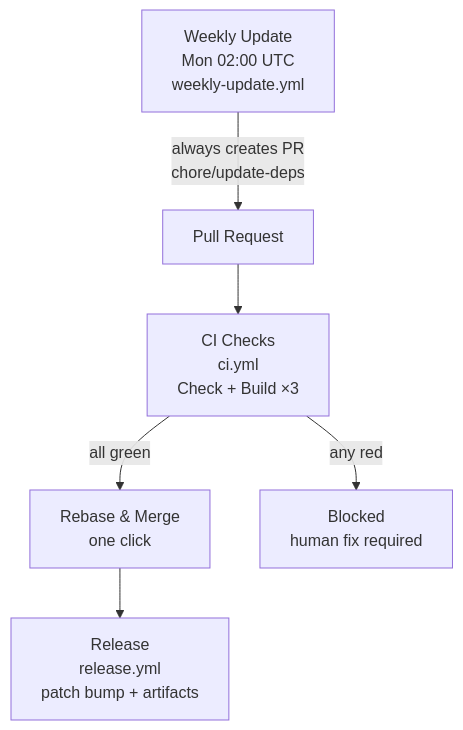
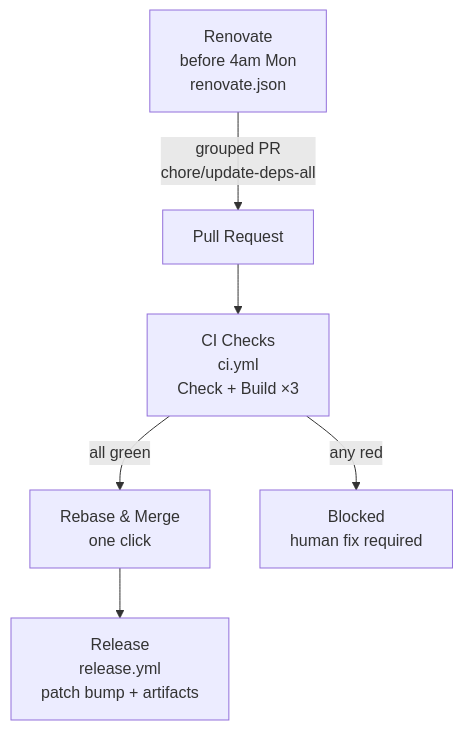
The diagram in README.md (Vessel9457/actions), drawn with Mermaid before and after one commit. The commit also changed other lines of this file and 9 other files, not shown here.

First line of the commit message:
feat!: migrate from weekly-update to Renovate, nuke composites

````diff
--- a/README.md
+++ b/README.md
@@ -11,8 +11,8 @@
 ```mermaid
 flowchart TD
-    A[Weekly Update<br/>Mon 02:00 UTC<br/>weekly-update.yml] -->|always creates PR<br/>chore/update-deps| B[Pull Request]
+    A[Renovate<br/>before 4am Mon<br/>renovate.json] -->|grouped PR<br/>chore/update-deps-all| B[Pull Request]
     B --> C[CI Checks<br/>ci.yml<br/>Check + Build ×3]
     C -->|all green| D[Rebase & Merge<br/>one click]
     C -->|any red| E[Blocked<br/>human fix required]
     D --> F[Release<br/>release.yml<br/>patch bump + artifacts]
 ```
````
